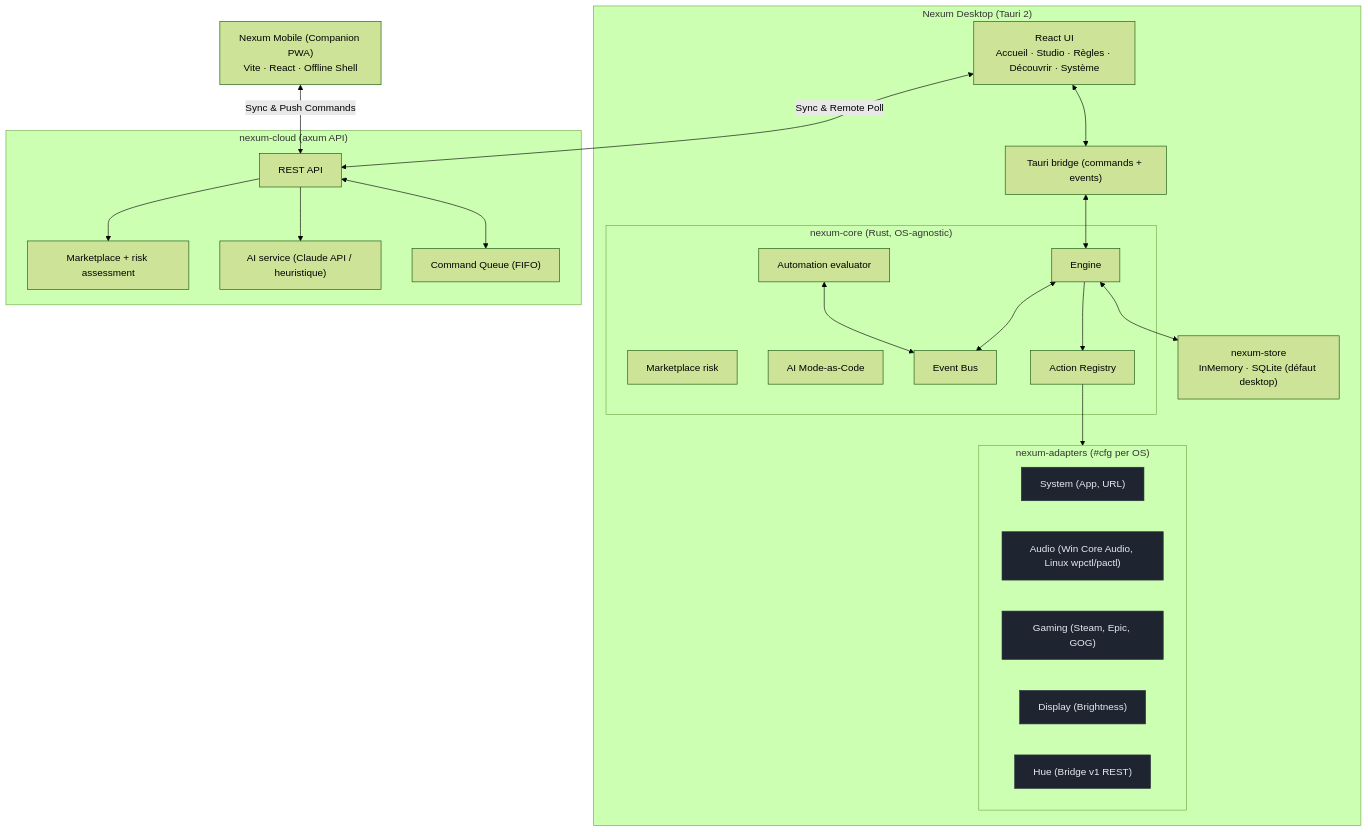
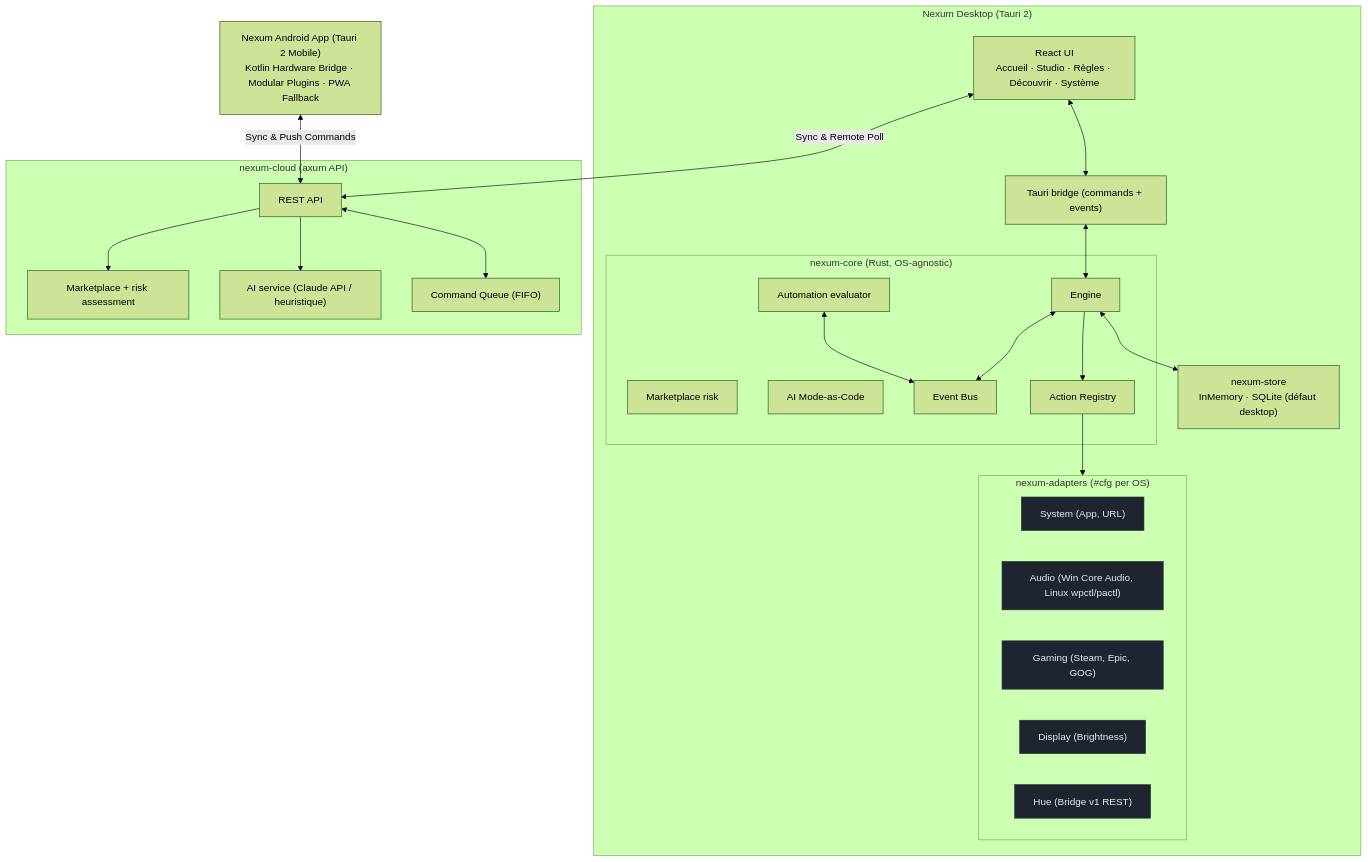
One commit to TeamNexum/Nexum changed the first of 4 diagrams in docs/ARCHITECTURE.md. Above: the diagram before and after it, drawn with Mermaid (forest theme). The commit also changed 8 other files, not shown here.

````diff
--- a/docs/ARCHITECTURE.md
+++ b/docs/ARCHITECTURE.md
@@ -15,43 +15,43 @@
 ```mermaid
 flowchart TB
     subgraph Client["Nexum Desktop (Tauri 2)"]
         UI["React UI<br/>Accueil · Studio · Règles · Découvrir · Système"]
         Bridge["Tauri bridge (commands + events)"]
         subgraph Core["nexum-core (Rust, OS-agnostic)"]
             Engine["Engine"]
             Auto["Automation evaluator"]
             Market["Marketplace risk"]
             AI["AI Mode-as-Code"]
             Bus["Event Bus"]
             Reg["Action Registry"]
         end
         subgraph Adapters["nexum-adapters (#cfg per OS)"]
             A1["System (App, URL)"]:::a
             A2["Audio (Win Core Audio, Linux wpctl/pactl)"]:::a
             A3["Gaming (Steam, Epic, GOG)"]:::a
             A4["Display (Brightness)"]:::a
             A5["Hue (Bridge v1 REST)"]:::a
         end
         Store["nexum-store<br/>InMemory · SQLite (défaut desktop)"]
     end
     subgraph Cloud["nexum-cloud (axum API)"]
         API["REST API"]
         CMarket["Marketplace + risk assessment"]
         CAI["AI service (Claude API / heuristique)"]
         CQueue["Command Queue (FIFO)"]
     end
-    Mobile["Nexum Mobile (Companion PWA)<br/>Vite · React · Offline Shell"]
+    Mobile["Nexum Android App (Tauri 2 Mobile)<br/>Kotlin Hardware Bridge · Modular Plugins · PWA Fallback"]
 
     UI <--> Bridge <--> Engine
     Engine --> Reg --> Adapters
     Engine <--> Bus
     Auto <--> Bus
     Engine <--> Store
     UI <-->|Sync & Remote Poll| API
     API --> CMarket
     API --> CAI
     API <--> CQueue
     Mobile <-->|Sync & Push Commands| API
 
     classDef a fill:#1e2530,stroke:#2a323f,color:#e7eaf0;
 ```
````
